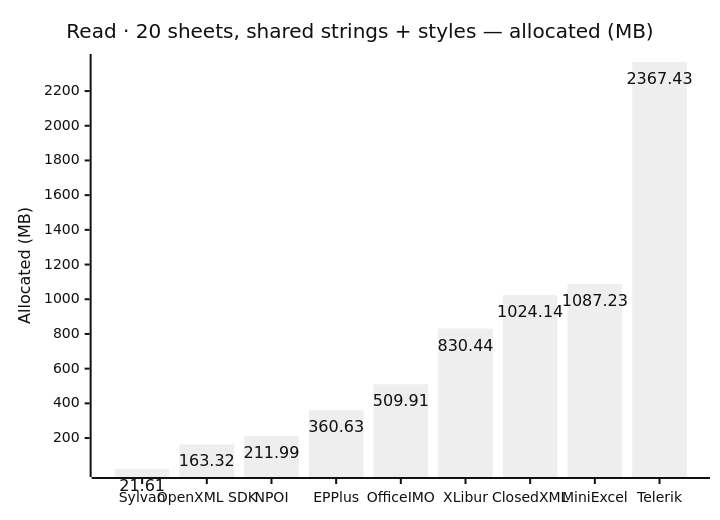
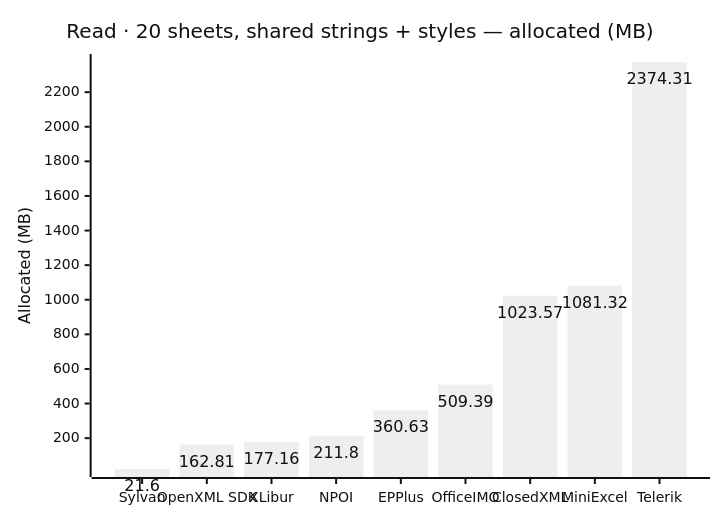
Before and after one commit to jafin/XLBench: the sixth of 18 diagrams in docs/results.md, drawn with Mermaid (neutral theme). The commit also changed other lines of this file and 5 other files, not shown here.

````diff
--- a/docs/results.md
+++ b/docs/results.md
@@ -107,12 +107,12 @@
 ```mermaid
 ---
 config:
   xyChart:
     showDataLabel: true
 ---
 xychart-beta
     title "Read · 20 sheets, shared strings + styles — allocated (MB)"
-    x-axis ["Sylvan", "OpenXML SDK", "NPOI", "EPPlus", "OfficeIMO", "XLibur", "ClosedXML", "MiniExcel", "Telerik"]
+    x-axis ["Sylvan", "OpenXML SDK", "XLibur", "NPOI", "EPPlus", "OfficeIMO", "ClosedXML", "MiniExcel", "Telerik"]
     y-axis "Allocated (MB)"
-    bar [21.61, 163.32, 211.99, 360.63, 509.91, 830.44, 1024.14, 1087.23, 2367.43]
+    bar [21.6, 162.81, 177.16, 211.8, 360.63, 509.39, 1023.57, 1081.32, 2374.31]
 ```
````
